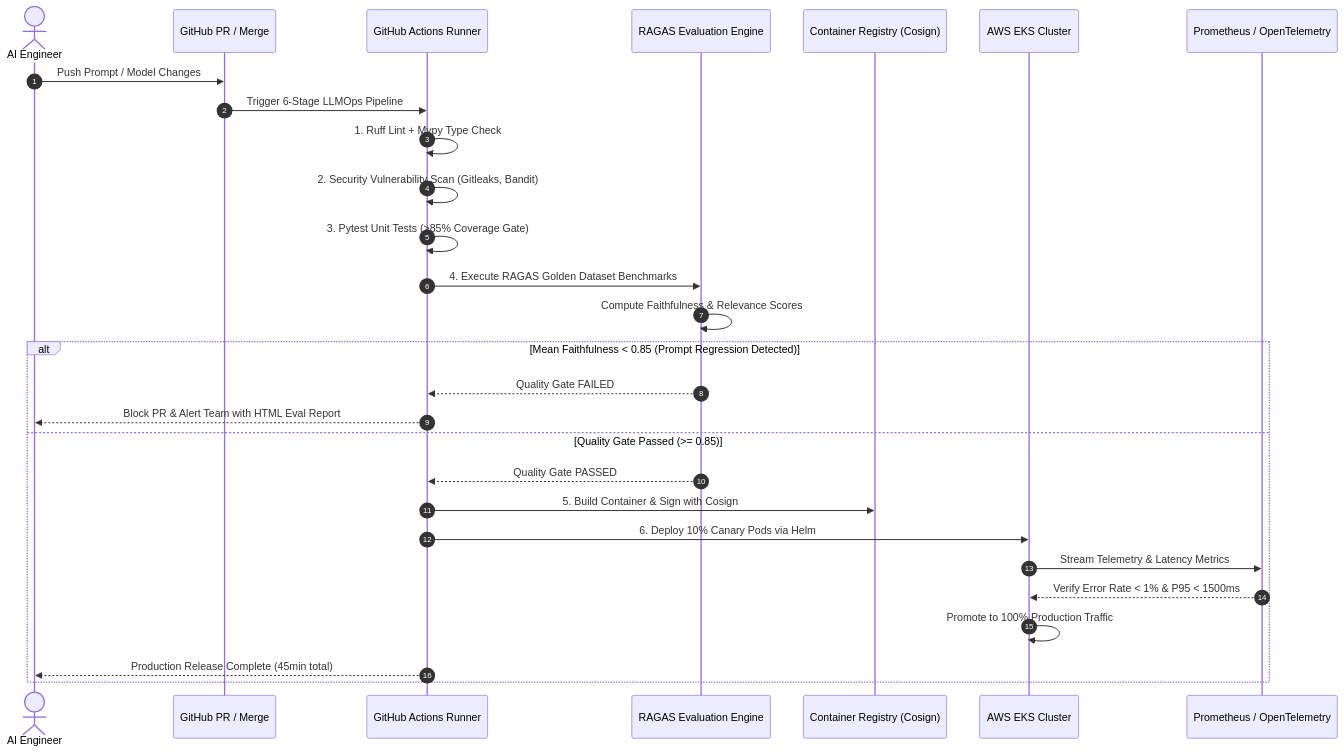
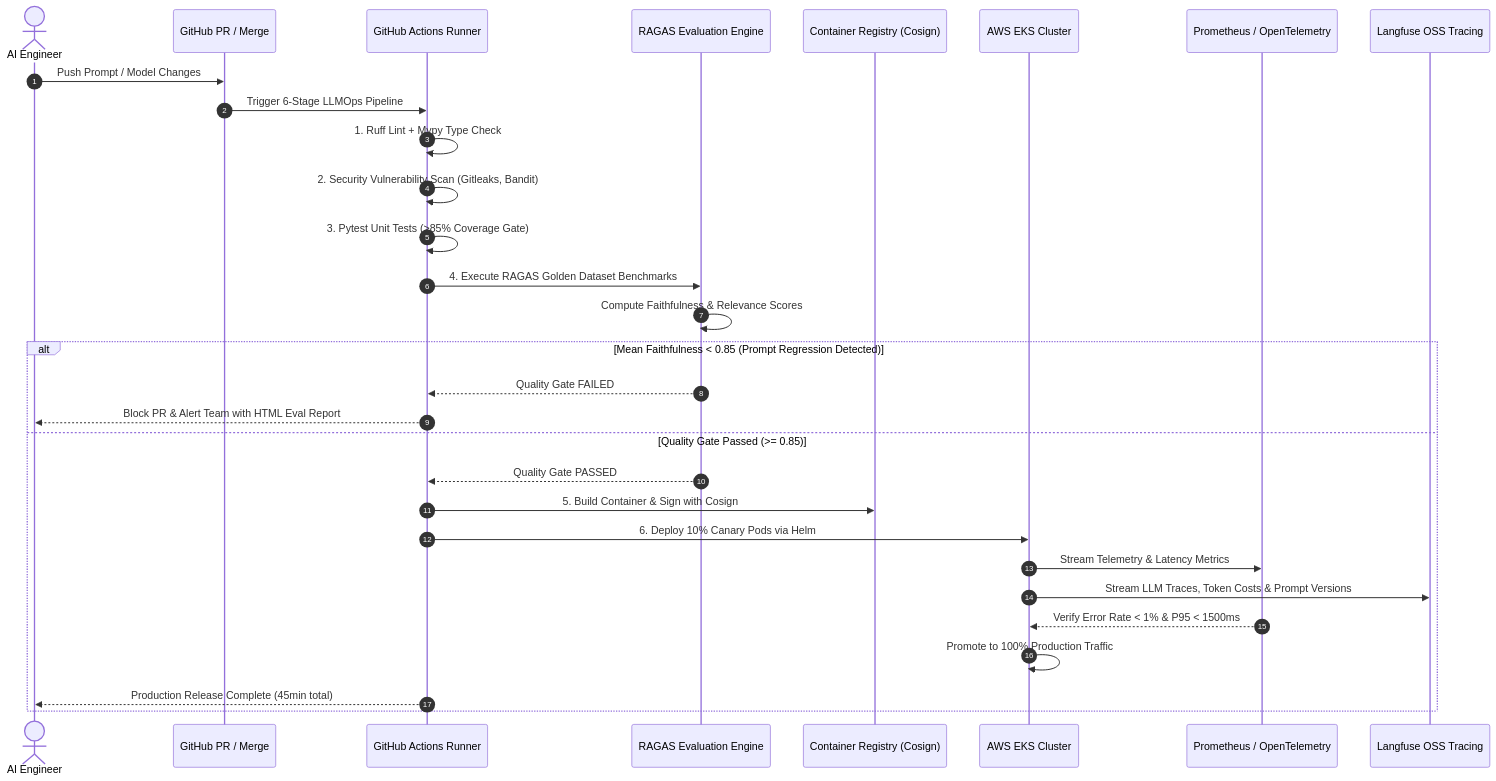
The sixth of 6 diagrams in README.md (sricheru/agentic-ai-portfolio), drawn with Mermaid before and after one commit. The commit also changed other lines of this file, not shown here.

Commit message:
docs: finalize recruiter-ready portfolio updates (Langfuse, Tech Expertise, ROI metrics)

````diff
--- a/README.md
+++ b/README.md
@@ -290,32 +308,34 @@
 ```mermaid
 sequenceDiagram
     autonumber
     actor Dev as AI Engineer
     participant Git as GitHub PR / Merge
     participant Runner as GitHub Actions Runner
     participant Eval as RAGAS Evaluation Engine
     participant Registry as Container Registry (Cosign)
     participant EKS as AWS EKS Cluster
     participant Prom as Prometheus / OpenTelemetry
+    participant Langfuse as Langfuse OSS Tracing
 
     Dev->>Git: Push Prompt / Model Changes
     Git->>Runner: Trigger 6-Stage LLMOps Pipeline
     Runner->>Runner: 1. Ruff Lint + Mypy Type Check
     Runner->>Runner: 2. Security Vulnerability Scan (Gitleaks, Bandit)
     Runner->>Runner: 3. Pytest Unit Tests (>85% Coverage Gate)
     
     Runner->>Eval: 4. Execute RAGAS Golden Dataset Benchmarks
     Eval->>Eval: Compute Faithfulness & Relevance Scores
     alt Mean Faithfulness < 0.85 (Prompt Regression Detected)
         Eval-->>Runner: Quality Gate FAILED
         Runner-->>Dev: Block PR & Alert Team with HTML Eval Report
     else Quality Gate Passed (>= 0.85)
         Eval-->>Runner: Quality Gate PASSED
         Runner->>Registry: 5. Build Container & Sign with Cosign
         Runner->>EKS: 6. Deploy 10% Canary Pods via Helm
         EKS->>Prom: Stream Telemetry & Latency Metrics
+        EKS->>Langfuse: Stream LLM Traces, Token Costs & Prompt Versions
         Prom-->>EKS: Verify Error Rate < 1% & P95 < 1500ms
         EKS->>EKS: Promote to 100% Production Traffic
         Runner-->>Dev: Production Release Complete (45min total)
     end
 ```
````
